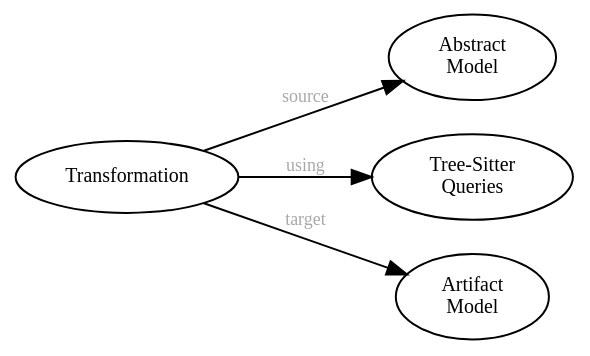
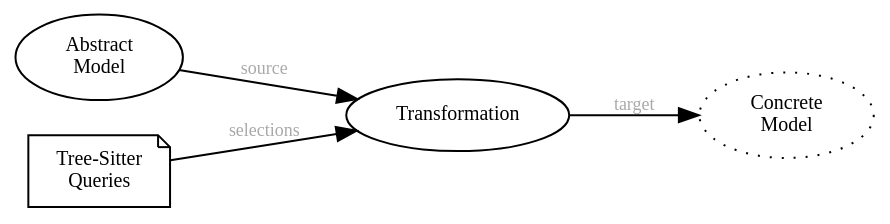
The second of 3 diagrams in docs/introduction.org (sdm-lang/tree-sitter-sdml), drawn with Graphviz before and after one commit. The commit also changed other lines of this file and 9 other files, not shown here.

```diff
--- a/docs/introduction.org
+++ b/docs/introduction.org
@@ -59,19 +58,19 @@
-#+BEGIN_SRC dot :file sdml-transforms.png :exports results
+#+BEGIN_SRC dot :file model-transforms.png :exports results
 digraph G {
   bgcolor="transparent";
   rankdir="LR";
   node [fontsize=10];
   edge [fontsize=9; fontcolor=darkgrey];
 
   abstract [shape=ellipse; label="Abstract\nModel"];
 
   transform [shape=ellipse; label="Transformation"];
-  transform -> abstract [label="source"];
+  abstract -> transform [label="source"];
 
-  tsq [shape=ellipse; label="Tree-Sitter\nQueries"];
-  transform -> tsq [label="using"];
+  tsq [shape=note; label="Tree-Sitter\nQueries"];
+  tsq -> transform [label="selections"];
 
-  other [shape=ellipse; label="Artifact\nModel"];
+  other [shape=ellipse; label="Concrete\nModel"; style=dotted;];
   transform -> other [label="target"];
 }
 #+END_SRC
```
